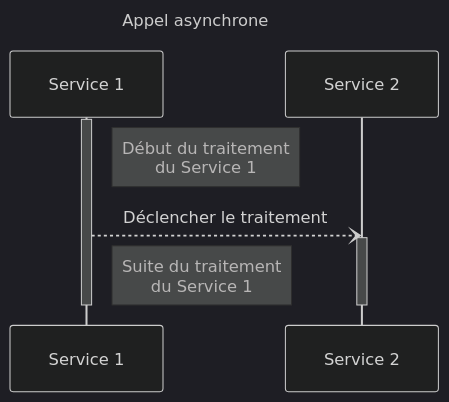
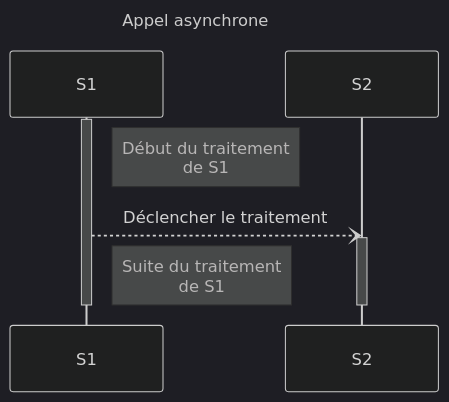
The first of 3 diagrams in src/3-asynchrone.md (celinelouvet/async-and-events), drawn with Mermaid (dark theme) before and after one commit. The commit also changed other lines of this file and 10 other files, not shown here.

````diff
--- a/src/3-asynchrone.md
+++ b/src/3-asynchrone.md
@@ -8,17 +8,17 @@
 ```mermaid
 ---
 title: Appel asynchrone
 ---
 sequenceDiagram
-    participant S1 as Service 1
-    participant S2 as Service 2
+    participant S1
+    participant S2
 
     activate S1
-    Note right of S1: Début du traitement<br/>du Service 1
+    Note right of S1: Début du traitement<br/>de S1
     S1--)S2: Déclencher le traitement
     activate S2
-    Note right of S1: Suite du traitement<br/>du Service 1
-    
+    Note right of S1: Suite du traitement<br/>de S1
+
     deactivate S2
     deactivate S1
 ```
````
